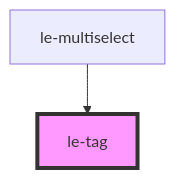
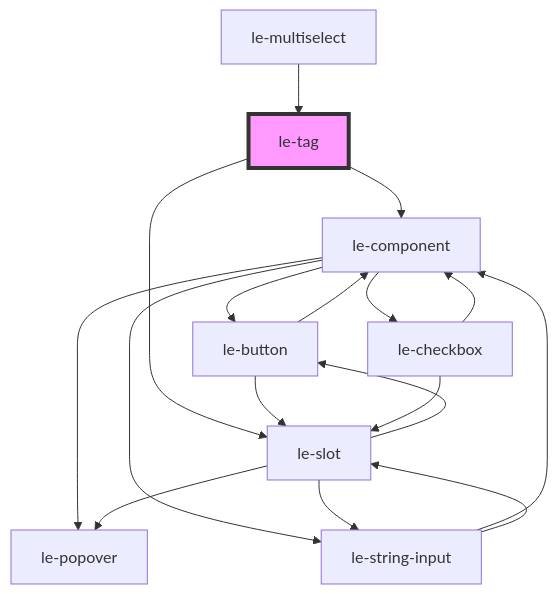
One commit to leechy/le-kit changed the diagram in src/components/le-tag/readme.md. Above: the diagram before and after it, drawn with Mermaid. The commit also changed other lines of this file and 15 other files, not shown here.

````diff
--- a/src/components/le-tag/readme.md
+++ b/src/components/le-tag/readme.md
@@ -45,5 +50,20 @@
 ```mermaid
 graph TD;
+  le-tag --> le-component
+  le-tag --> le-slot
+  le-component --> le-button
+  le-component --> le-checkbox
+  le-component --> le-string-input
+  le-component --> le-popover
+  le-button --> le-component
+  le-button --> le-slot
+  le-slot --> le-popover
+  le-slot --> le-button
+  le-slot --> le-string-input
+  le-string-input --> le-component
+  le-string-input --> le-slot
+  le-checkbox --> le-component
+  le-checkbox --> le-slot
   le-multiselect --> le-tag
   style le-tag fill:#f9f,stroke:#333,stroke-width:4px
 ```
````
